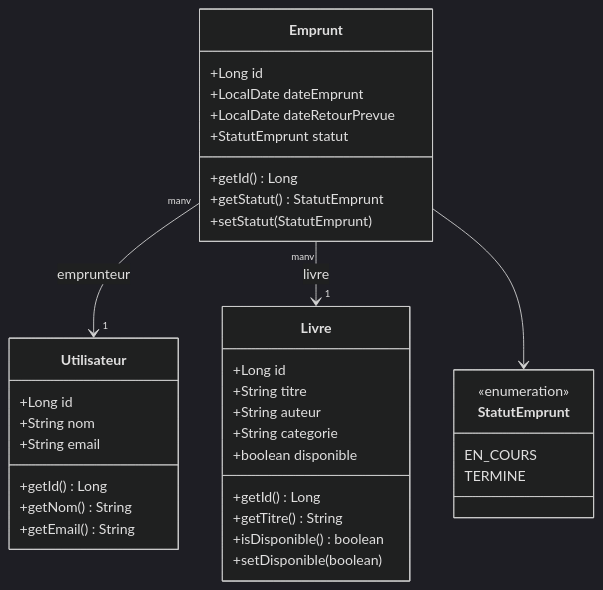
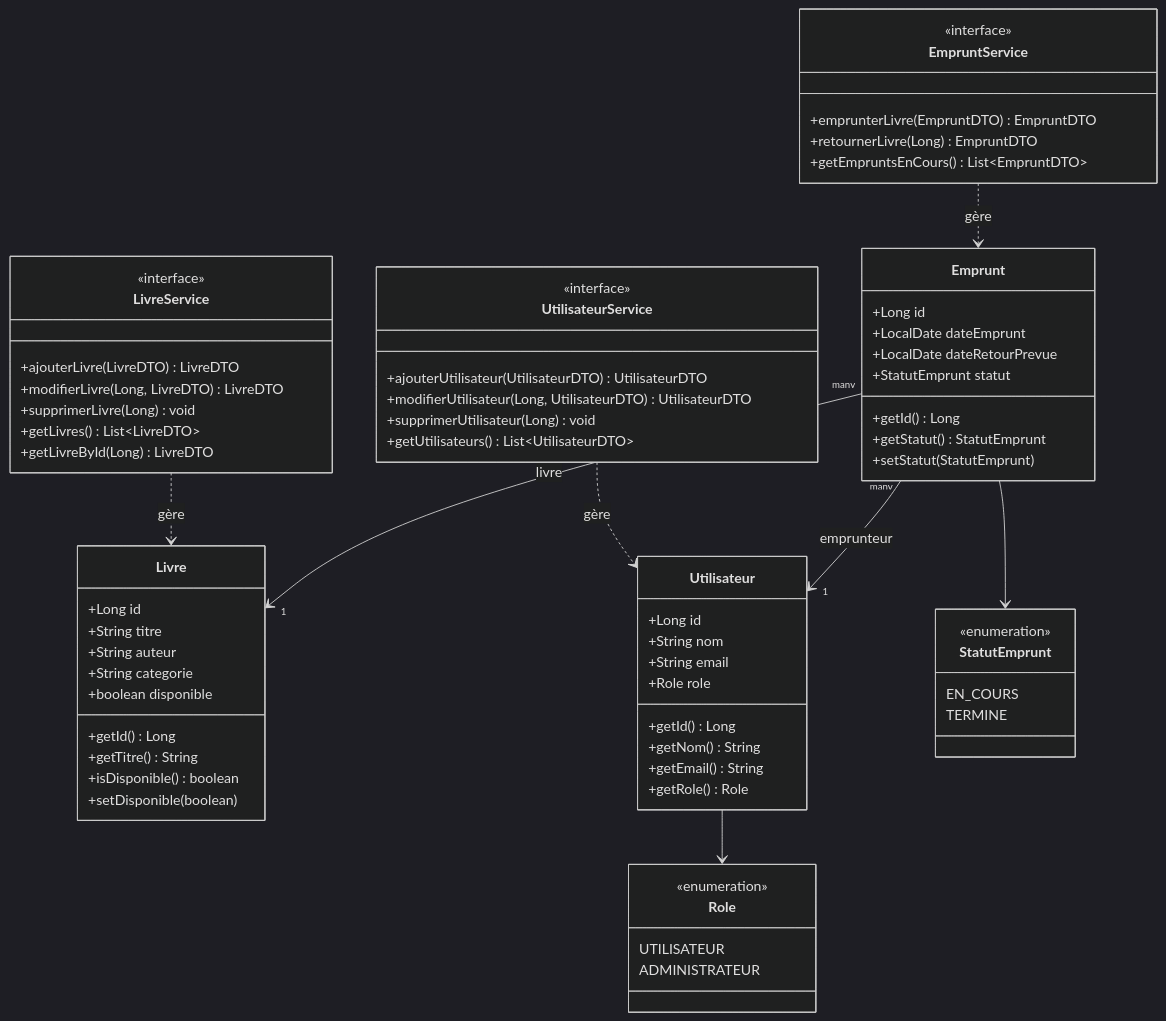
The diagram in analyse/uml-classes.mmd (MahefasoaRAM/java-project), drawn with Mermaid (dark theme) before and after one commit. The commit also changed 2 other files, not shown here.

Commit message:
feat add uml admin and role

```diff
--- a/analyse/uml-classes.mmd
+++ b/analyse/uml-classes.mmd
@@ -1,41 +1,77 @@
 classDiagram
     class Livre {
         +Long id
         +String titre
         +String auteur
         +String categorie
         +boolean disponible
         +getId() Long
         +getTitre() String
         +isDisponible() boolean
         +setDisponible(boolean)
     }
 
     class Utilisateur {
         +Long id
         +String nom
         +String email
+        +Role role
         +getId() Long
         +getNom() String
         +getEmail() String
+        +getRole() Role
     }
 
     class Emprunt {
         +Long id
         +LocalDate dateEmprunt
         +LocalDate dateRetourPrevue
         +StatutEmprunt statut
         +getId() Long
         +getStatut() StatutEmprunt
         +setStatut(StatutEmprunt)
     }
 
     class StatutEmprunt {
         <<enumeration>>
         EN_COURS
         TERMINE
     }
 
+    class Role {
+        <<enumeration>>
+        UTILISATEUR
+        ADMINISTRATEUR
+    }
+
+    class LivreService {
+        <<interface>>
+        +ajouterLivre(LivreDTO) LivreDTO
+        +modifierLivre(Long, LivreDTO) LivreDTO
+        +supprimerLivre(Long) void
+        +getLivres() List~LivreDTO~
+        +getLivreById(Long) LivreDTO
+    }
+
+    class UtilisateurService {
+        <<interface>>
+        +ajouterUtilisateur(UtilisateurDTO) UtilisateurDTO
+        +modifierUtilisateur(Long, UtilisateurDTO) UtilisateurDTO
+        +supprimerUtilisateur(Long) void
+        +getUtilisateurs() List~UtilisateurDTO~
+    }
+
+    class EmpruntService {
+        <<interface>>
+        +emprunterLivre(EmpruntDTO) EmpruntDTO
+        +retournerLivre(Long) EmpruntDTO
+        +getEmpruntsEnCours() List~EmpruntDTO~
+    }
+
     Emprunt "many" --> "1" Utilisateur : emprunteur
     Emprunt "many" --> "1" Livre : livre
     Emprunt --> StatutEmprunt
+    Utilisateur --> Role
+    LivreService ..> Livre : gère
+    UtilisateurService ..> Utilisateur : gère
+    EmpruntService ..> Emprunt : gère
```
